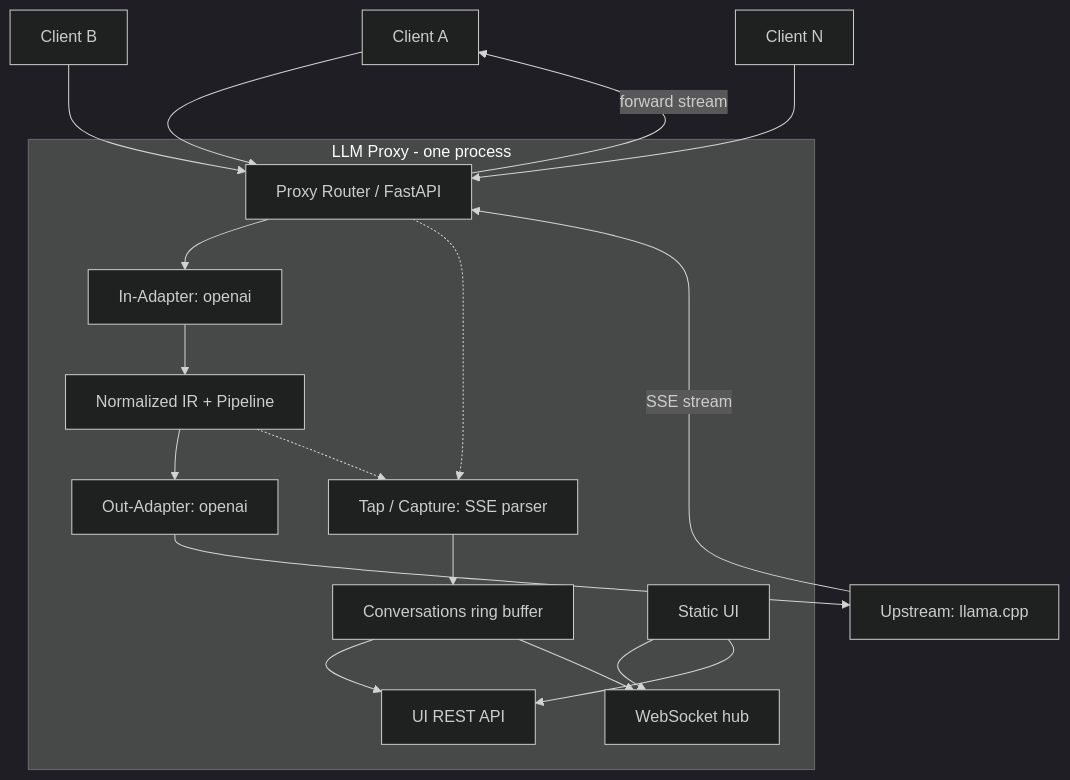
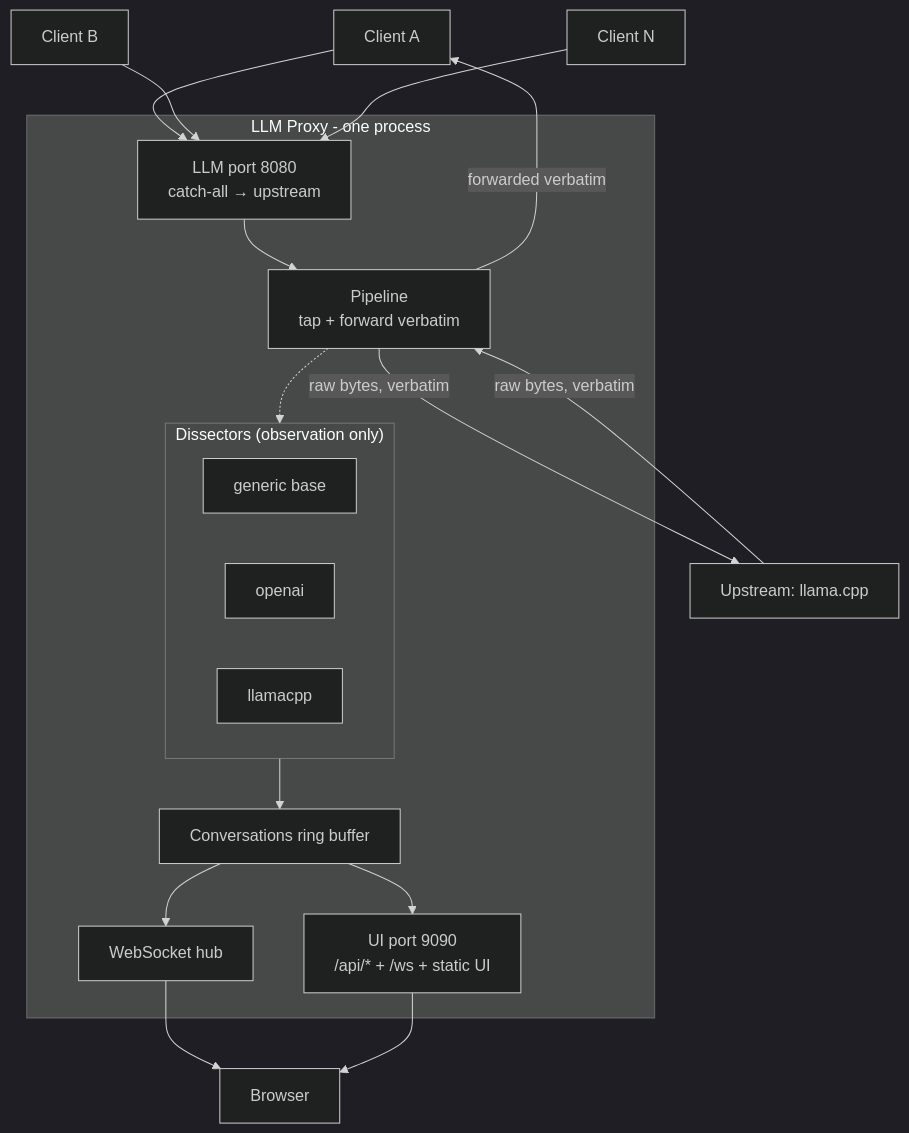
One commit to mill1000/llm-mitm-proxy changed the first of 2 diagrams in PLAN.md. Above: the diagram before and after it, drawn with Mermaid (dark theme). The commit also changed other lines of this file, not shown here.

Commit message:
Update PLAN for transparent MITM proxy

````diff
--- a/PLAN.md
+++ b/PLAN.md
@@ -50,37 +51,36 @@
 ```mermaid
 flowchart TB
     C1[Client A]
     C2[Client B]
     Cn[Client N]
 
     subgraph Proxy["LLM Proxy - one process"]
-        P[Proxy Router / FastAPI]
-        IN[In-Adapter: openai]
-        IR[Normalized IR + Pipeline]
-        OUT[Out-Adapter: openai]
-        CAP[Tap / Capture: SSE parser]
+        LLM["LLM port 8080<br/>catch-all → upstream"]
+        PIPE["Pipeline<br/>tap + forward verbatim"]
+        subgraph DIS["Dissectors (observation only)"]
+            D1[generic base]
+            D2[openai]
+            D3[llamacpp]
+        end
         STORE[Conversations ring buffer]
-        API[UI REST API]
-        WS[WebSocket hub]
-        UI[Static UI]
+        HUB[WebSocket hub]
+        UIR["UI port 9090<br/>/api/* + /ws + static UI"]
     end
 
     UP[Upstream: llama.cpp]
+    B[Browser]
 
-    C1 --> P
-    C2 --> P
-    Cn --> P
-    P --> IN
-    IN --> IR
-    IR --> OUT
-    OUT --> UP
-    UP -->|SSE stream| P
-    P -->|forward stream| C1
-    IR -.-> CAP
-    P -.-> CAP
-    CAP --> STORE
-    STORE --> API
-    STORE --> WS
-    UI --> WS
-    UI --> API
+    C1 --> LLM
+    C2 --> LLM
+    Cn --> LLM
+    LLM --> PIPE
+    PIPE -->|raw bytes, verbatim| UP
+    UP -->|raw bytes, verbatim| PIPE
+    PIPE -->|forwarded verbatim| C1
+    PIPE -.-> DIS
+    DIS --> STORE
+    STORE --> UIR
+    STORE --> HUB
+    HUB --> B
+    UIR --> B
 ```
````
